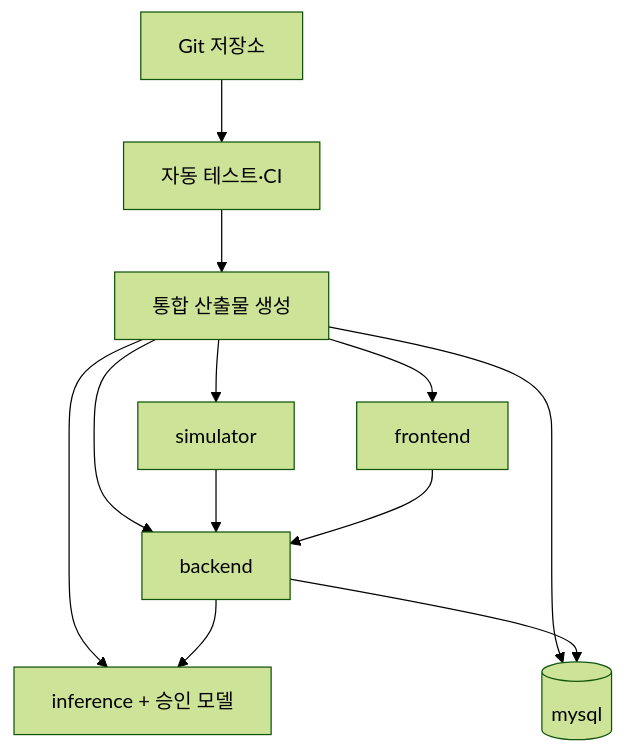
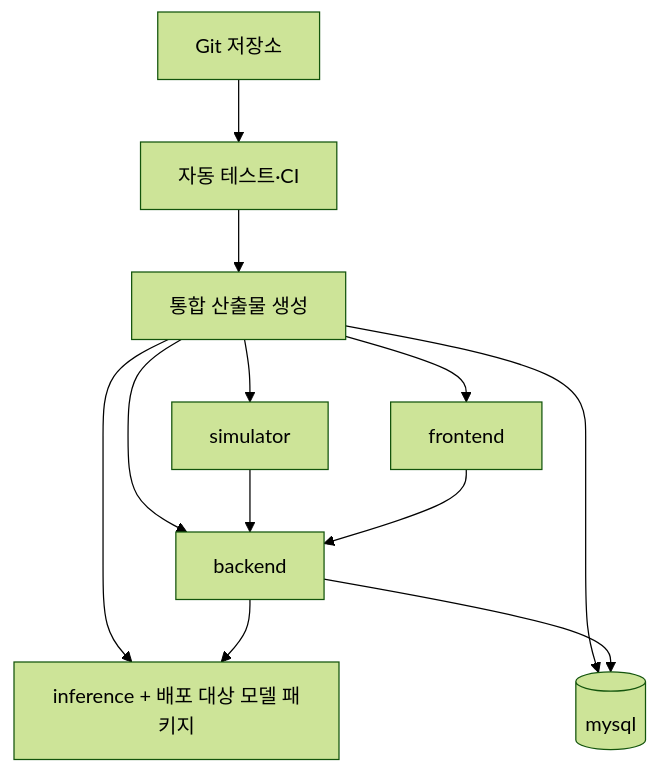
Before and after one commit to yuudong123/CQC: the third of 3 diagrams in docs/architecture.md, drawn with Mermaid (forest theme). The commit also changed other lines of this file and 11 other files, not shown here.

````diff
--- a/docs/architecture.md
+++ b/docs/architecture.md
@@ -170,14 +170,14 @@
 ```mermaid
 flowchart TB
     Repo[Git 저장소] --> CI[자동 테스트·CI]
     CI --> Build[통합 산출물 생성]
     Build --> SIM[simulator]
     Build --> FE[frontend]
     Build --> BE[backend]
-    Build --> INF[inference + 승인 모델]
+    Build --> INF[inference + 배포 대상 모델 패키지]
     Build --> MySQL[(mysql)]
     SIM --> BE
     BE --> INF
     FE --> BE
     BE --> MySQL
 ```
````
